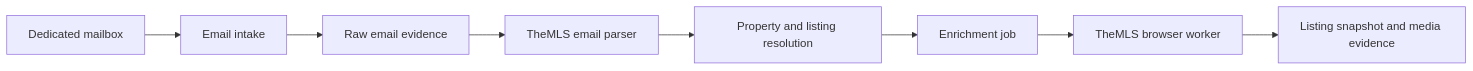
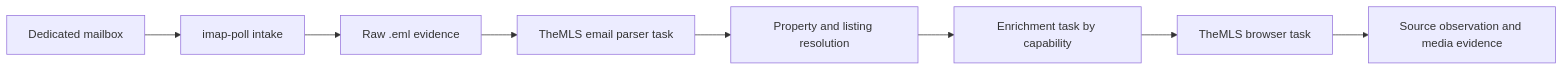
Before and after one commit to robsgreen/property-focus: the ninth of 29 diagrams in specs/property-focus/master-plan.md, drawn with Mermaid. The commit also changed other lines of this file, not shown here.

````diff
--- a/specs/property-focus/master-plan.md
+++ b/specs/property-focus/master-plan.md
@@ -129,10 +190,10 @@
 ```mermaid
 flowchart LR
-    Mailbox[Dedicated mailbox] --> Intake[Email intake]
-    Intake --> Raw[Raw email evidence]
-    Raw --> Parse[TheMLS email parser]
+    Mailbox[Dedicated mailbox] --> Intake[imap-poll intake]
+    Intake --> Raw[Raw .eml evidence]
+    Raw --> Parse[TheMLS email parser task]
     Parse --> Identity[Property and listing resolution]
-    Identity --> Queue[Enrichment job]
-    Queue --> Browser[TheMLS browser worker]
-    Browser --> Snapshot[Listing snapshot and media evidence]
+    Identity --> Enrich[Enrichment task by capability]
+    Enrich --> Browser[TheMLS browser task]
+    Browser --> Obs[Source observation and media evidence]
 ```
````
